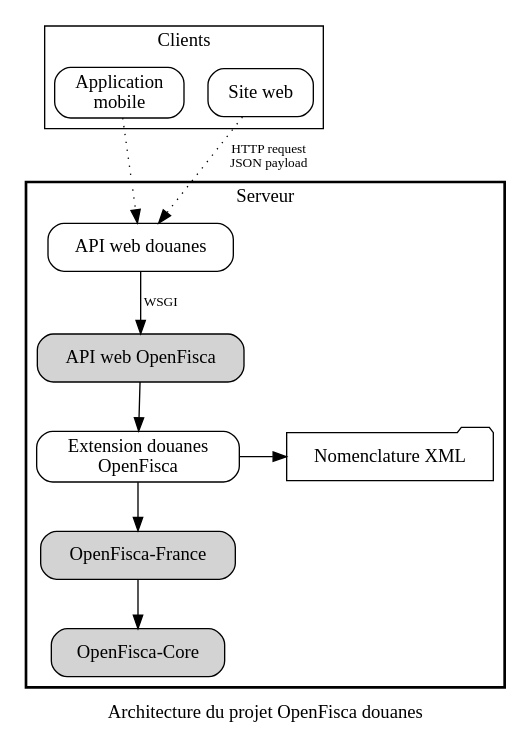
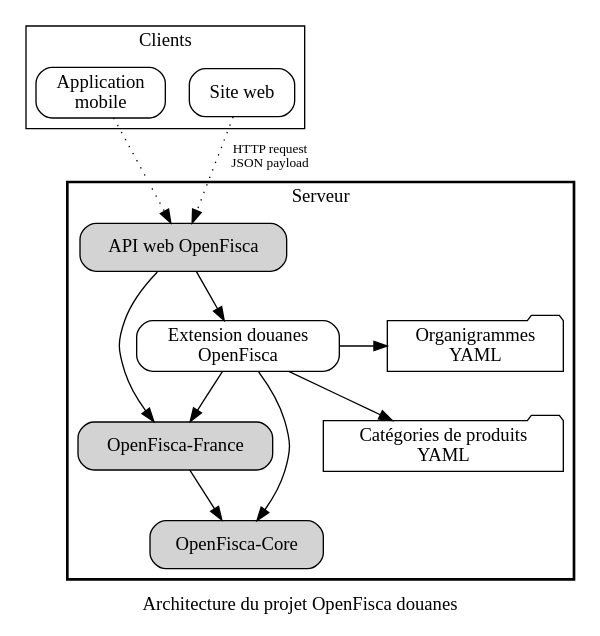
One commit to openfisca/openfisca-douanes changed the diagram in notes/architecture.dot. Above: the diagram before and after it, drawn with Graphviz. The commit also changed 2 other files, not shown here.

Commit message:
Update diagram

```diff
--- a/notes/architecture.dot
+++ b/notes/architecture.dot
@@ -1,36 +1,35 @@
 digraph OpenFiscaDouanes {
 
   label = "Architecture du projet OpenFisca douanes";
   node [shape = box, style = rounded];
   edge [fontsize = 10]
 
   subgraph OpenFisca {
     node [fillcolor = lightgray, style = "rounded,filled"];
     of_web_api [label = "API web OpenFisca"];
     of_france [label = "OpenFisca-France"];
     of_core [label = "OpenFisca-Core"];
   }
 
-  douanes_web_api [label = "API web douanes"];
   mobile_app [label = "Application\nmobile"];
-  nomenclature_xml [label = "Nomenclature XML", shape = folder];
+  organigrammes_yaml [label = "Organigrammes\nYAML", shape = folder];
+  categories_yaml [label = "Catégories de produits\nYAML", shape = folder];
   of_ext_douanes [label = "Extension douanes\nOpenFisca"];
   web_site [label = "Site web"];
 
   subgraph cluster_server {
     label = "Serveur";
     style = bold;
-    {rank = same; of_ext_douanes nomenclature_xml};
-    of_ext_douanes -> {nomenclature_xml, of_france};
-    douanes_web_api -> of_web_api [label = "WSGI"];
-    of_web_api -> of_ext_douanes;
+    {rank = same; of_ext_douanes organigrammes_yaml};
+    of_ext_douanes -> {organigrammes_yaml, categories_yaml, of_france, of_core};
+    of_web_api -> {of_ext_douanes, of_france};
     of_france -> of_core;
   }
 
   subgraph cluster_clients {
     edge [style = dotted];
     label = "Clients";
-    mobile_app -> douanes_web_api;
-    web_site -> douanes_web_api [label = "HTTP request\nJSON payload"];
+    mobile_app -> of_web_api;
+    web_site -> of_web_api [label = "HTTP request\nJSON payload"];
   }
 }
```
